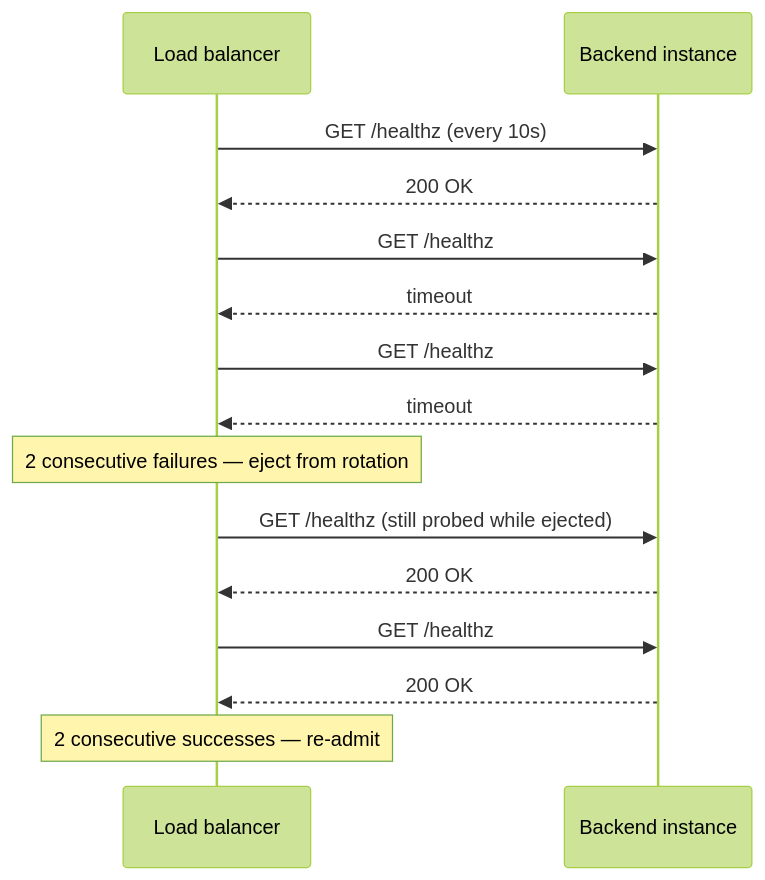
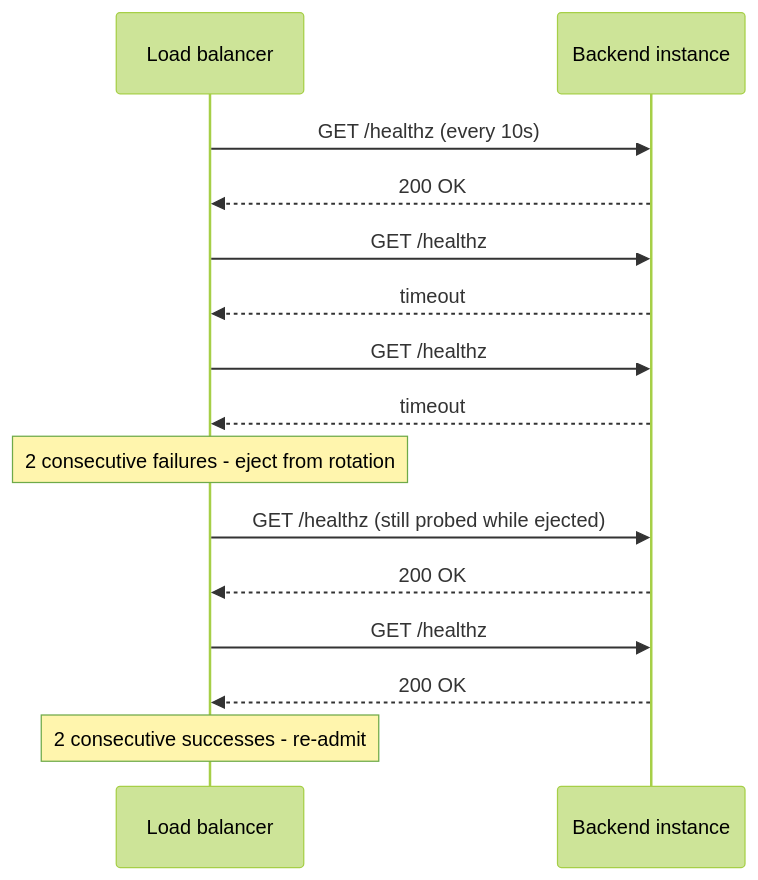
One commit to danielsousaoliveira/cs-fundamentals changed the diagram in src/content/docs/13-architecture/gateway-load-balancing.mdx. Above: the diagram before and after it, drawn with Mermaid (forest theme). The commit also changed other lines of this file and 139 other files, not shown here.

````diff
--- a/src/content/docs/13-architecture/gateway-load-balancing.mdx
+++ b/src/content/docs/13-architecture/gateway-load-balancing.mdx
@@ -110,17 +110,17 @@
 ```mermaid
 sequenceDiagram
     participant LB as Load balancer
     participant B as Backend instance
     LB->>B: GET /healthz (every 10s)
     B-->>LB: 200 OK
     LB->>B: GET /healthz
     B-->>LB: timeout
     LB->>B: GET /healthz
     B-->>LB: timeout
-    Note over LB: 2 consecutive failures — eject from rotation
+    Note over LB: 2 consecutive failures - eject from rotation
     LB->>B: GET /healthz (still probed while ejected)
     B-->>LB: 200 OK
     LB->>B: GET /healthz
     B-->>LB: 200 OK
-    Note over LB: 2 consecutive successes — re-admit
+    Note over LB: 2 consecutive successes - re-admit
 ```
````
